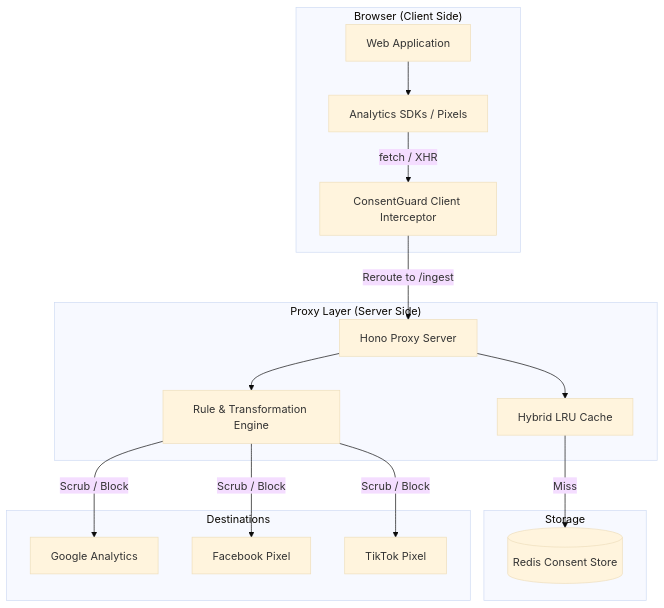
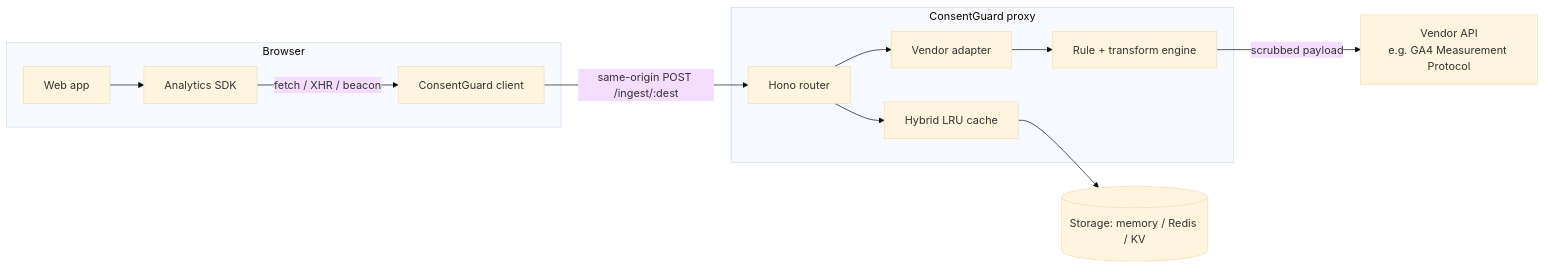
Before and after one commit to muradmadi/consentguard: the diagram in ARCHITECTURE.md, drawn with Mermaid (base theme). The commit also changed other lines of this file and 63 other files, not shown here.

First line of the commit message:
Honesty pass: real GA4 adapter, origin allowlist, self-consent endpoint

````diff
--- a/ARCHITECTURE.md
+++ b/ARCHITECTURE.md
@@ -7,34 +7,27 @@
 ```mermaid
-graph TD
-    subgraph "Browser (Client Side)"
-        App[Web Application]
-        SDK[Analytics SDKs / Pixels]
-        CG_Client[ConsentGuard Client Interceptor]
+graph LR
+    subgraph Browser
+        App[Web app]
+        SDK[Analytics SDK]
+        Client[ConsentGuard client]
     end
 
-    subgraph "Proxy Layer (Server Side)"
-        Hono[Hono Proxy Server]
-        Engine[Rule & Transformation Engine]
-        Cache[Hybrid LRU Cache]
+    subgraph Proxy["ConsentGuard proxy"]
+        Router[Hono router]
+        Adapter[Vendor adapter]
+        Engine[Rule + transform engine]
+        Cache[Hybrid LRU cache]
     end
 
-    subgraph "Storage"
-        Redis[(Redis Consent Store)]
-    end
-
-    subgraph "Destinations"
-        GA4[Google Analytics]
-        FB[Facebook Pixel]
-        TT[TikTok Pixel]
-    end
+    Store[(Storage: memory / Redis / KV)]
+    Vendor[Vendor API<br/>e.g. GA4 Measurement Protocol]
 
     App --> SDK
-    SDK -- "fetch / XHR" --> CG_Client
-    CG_Client -- "Reroute to /ingest" --> Hono
-    Hono --> Cache
-    Cache -- "Miss" --> Redis
-    Hono --> Engine
-    Engine -- "Scrub / Block" --> GA4
-    Engine -- "Scrub / Block" --> FB
-    Engine -- "Scrub / Block" --> TT
+    SDK -->|fetch / XHR / beacon| Client
+    Client -->|same-origin POST /ingest/:dest| Router
+    Router --> Cache
+    Cache --> Store
+    Router --> Adapter
+    Adapter --> Engine
+    Engine -->|scrubbed payload| Vendor
 ```
````
